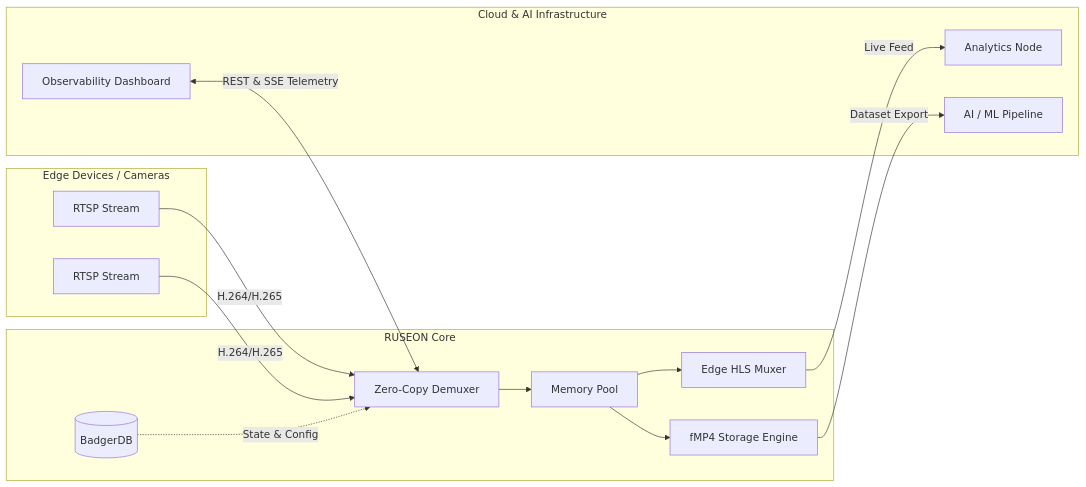
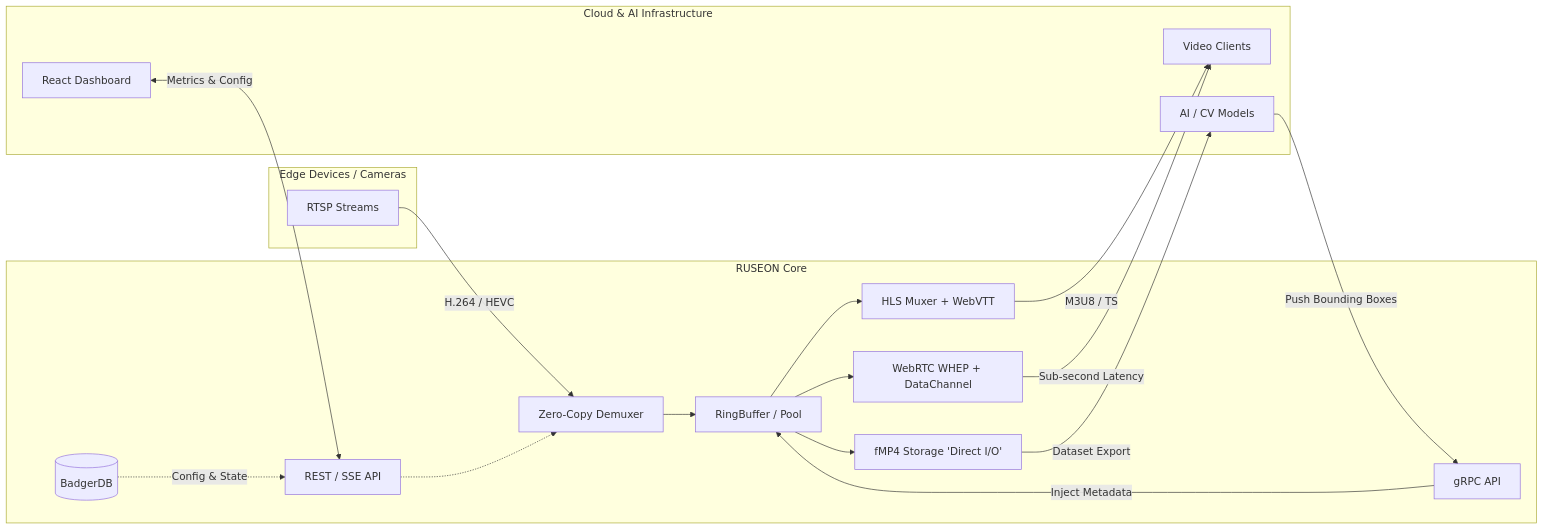
Before and after one commit to RUSEGAL/ruseon-core: the diagram in README.md, drawn with Mermaid. The commit also changed other lines of this file and 2 other files, not shown here.

Commit message:
chore: update config examples and README

````diff
--- a/README.md
+++ b/README.md
@@ -62,30 +62,48 @@
 ```mermaid
 graph LR
   subgraph Edge [Edge Devices / Cameras]
-    Cam1[RTSP Stream]
-    Cam2[RTSP Stream]
+    Cam[RTSP Streams]
   end
 
   subgraph Engine [RUSEON Core]
+    API[REST / SSE API]
+    gRPC[gRPC API]
     Demux[Zero-Copy Demuxer]
-    Pool[Memory Pool]
-    HLS[Edge HLS Muxer]
-    Rec[fMP4 Storage Engine]
+    Pool[RingBuffer / Pool]
+    HLS[HLS Muxer + WebVTT]
+    RTC[WebRTC WHEP + DataChannel]
+    Rec[fMP4 Storage 'Direct I/O']
     DB[(BadgerDB)]
   end
 
   subgraph Cloud [Cloud & AI Infrastructure]
-    Browser[Observability Dashboard]
-    Player[Analytics Node]
-    AI[AI / ML Pipeline]
+    Dashboard[React Dashboard]
+    Player[Video Clients]
+    AI[AI / CV Models]
   end
 
-  Cam1 & Cam2 -->|H.264/H.265| Demux
+  %% Ingest Pipeline
+  Cam -->|H.264 / HEVC| Demux
   Demux --> Pool
+  
+  %% Delivery Pipeline
   Pool --> HLS
+  Pool --> RTC
   Pool --> Rec
-  DB -.->|State & Config| Demux
-  HLS -->|Live Feed| Player
+  
+  %% State Management
+  DB -.->|Config & State| API
+  API -.-> Demux
+  
+  %% AI Metadata Loop (New Feature!)
+  AI -->|Push Bounding Boxes| gRPC
+  gRPC -->|Inject Metadata| Pool
+  
+  %% Outputs
+  HLS -->|M3U8 / TS| Player
+  RTC -->|Sub-second Latency| Player
   Rec -->|Dataset Export| AI
-  Browser <-->|REST & SSE Telemetry| Demux
+  
+  %% Observability
+  Dashboard <-->|Metrics & Config| API
 ```
````
